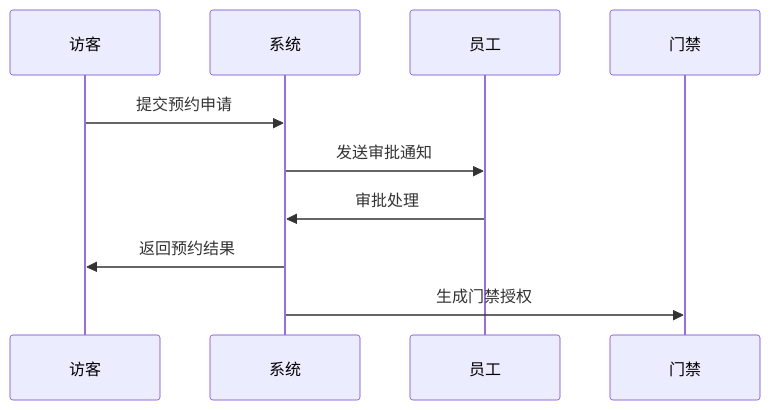
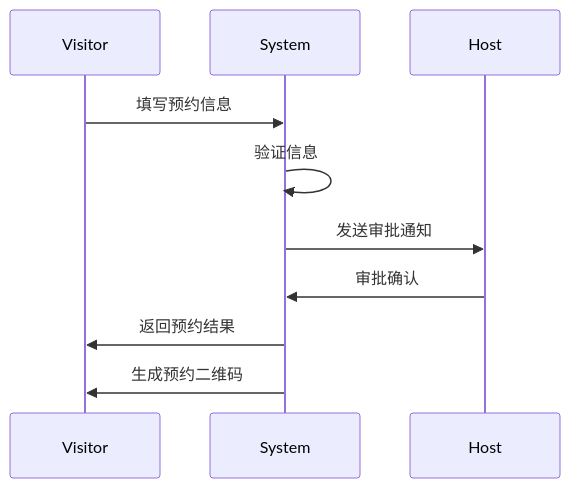
One commit to yuhaibao39/n8ndeploy changed the second of 3 diagrams in devel/outlinedesign.md. Above: the diagram before and after it, drawn with Mermaid. The commit also changed other lines of this file, not shown here.

````diff
--- a/devel/outlinedesign.md
+++ b/devel/outlinedesign.md
@@ -82,13 +75,13 @@
 ```mermaid
 sequenceDiagram
-    participant V as 访客
-    participant S as 系统
-    participant E as 员工
-    participant A as 门禁
+    participant V as Visitor
+    participant S as System
+    participant H as Host
     
-    V->>S: 提交预约申请
-    S->>E: 发送审批通知
-    E->>S: 审批处理
+    V->>S: 填写预约信息
+    S->>S: 验证信息
+    S->>H: 发送审批通知
+    H->>S: 审批确认
     S->>V: 返回预约结果
-    S->>A: 生成门禁授权
+    S->>V: 生成预约二维码
 ```
````
